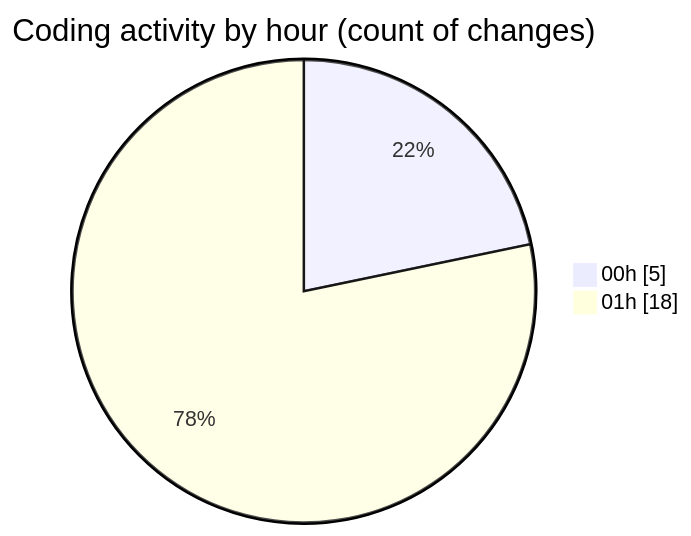
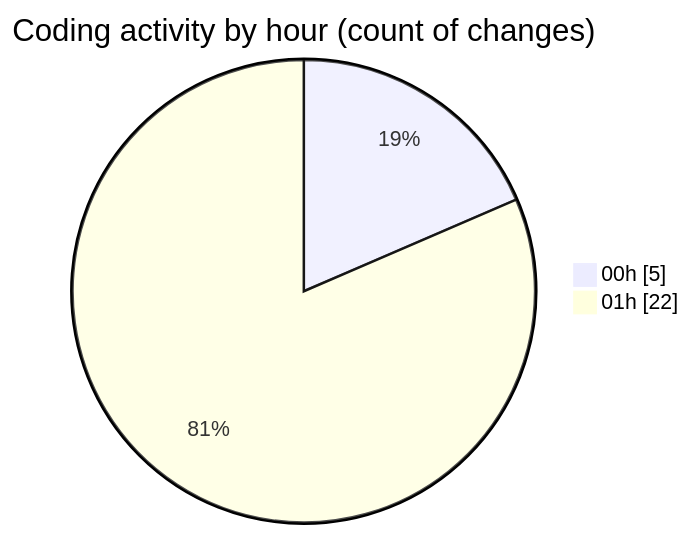
Before and after one commit to julien-gomy/code-tracking: the second of 2 diagrams in 2025-11-06/usr_aleoudev_fr__workspace_/README.md, drawn with Mermaid. The commit also changed other lines of this file and 1 other file, not shown here.

````diff
--- a/2025-11-06/usr_aleoudev_fr__workspace_/README.md
+++ b/2025-11-06/usr_aleoudev_fr__workspace_/README.md
@@ -33,6 +33,6 @@
 ```mermaid
 pie showData
 title Coding activity by hour (count of changes)
 "00h" : 5
-"01h" : 18
+"01h" : 22
 ```
````
